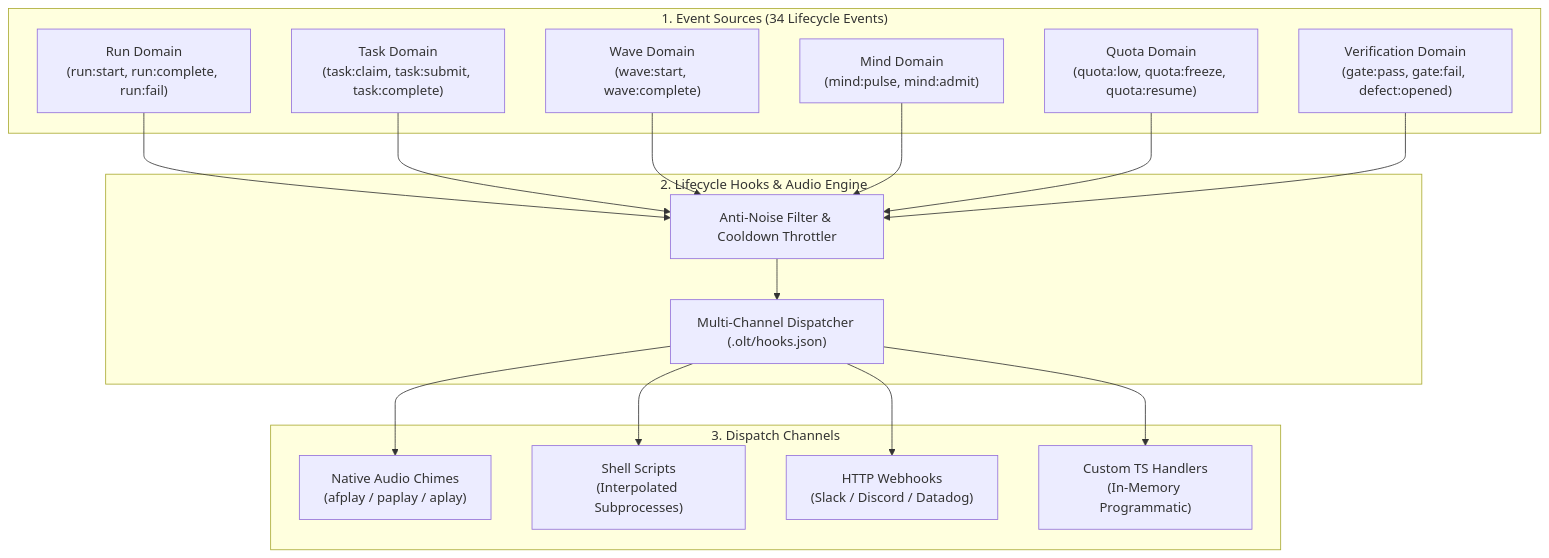
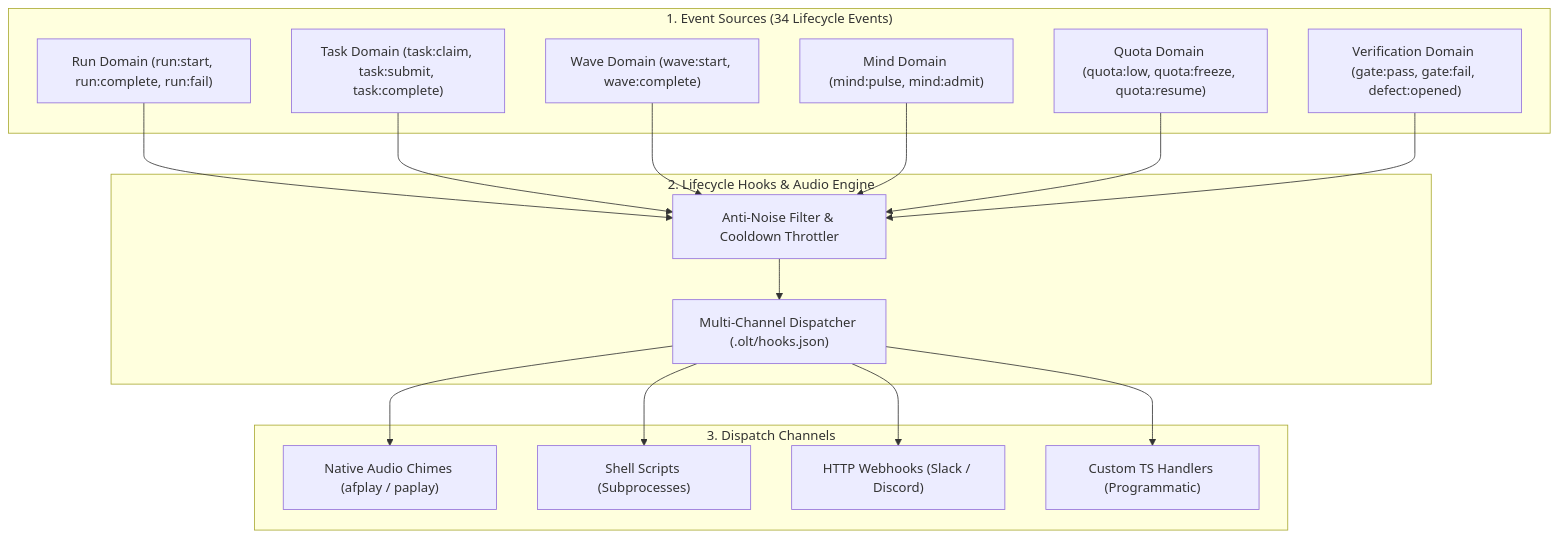
Before and after one commit to onurseckin/skills: the diagram in docs/book/06-lifecycle-hooks-and-audio-engine.md, drawn with Mermaid. The commit also changed other lines of this file and 406 other files, not shown here.

Commit message:
feat(domains): complete 20-domain hardening and socratic validation convergence

````diff
--- a/docs/book/06-lifecycle-hooks-and-audio-engine.md
+++ b/docs/book/06-lifecycle-hooks-and-audio-engine.md
@@ -16,36 +16,36 @@
 ```mermaid
 graph TD
     subgraph EventSources ["1. Event Sources (34 Lifecycle Events)"]
-        RunEv["Run Domain<br/>(run:start, run:complete, run:fail)"]
-        TaskEv["Task Domain<br/>(task:claim, task:submit, task:complete)"]
-        WaveEv["Wave Domain<br/>(wave:start, wave:complete)"]
-        MindEv["Mind Domain<br/>(mind:pulse, mind:admit)"]
-        QuotaEv["Quota Domain<br/>(quota:low, quota:freeze, quota:resume)"]
-        GateEv["Verification Domain<br/>(gate:pass, gate:fail, defect:opened)"]
+        RunEv["Run Domain (run:start, run:complete, run:fail)"]
+        TaskEv["Task Domain (task:claim, task:submit, task:complete)"]
+        WaveEv["Wave Domain (wave:start, wave:complete)"]
+        MindEv["Mind Domain (mind:pulse, mind:admit)"]
+        QuotaEv["Quota Domain (quota:low, quota:freeze, quota:resume)"]
+        GateEv["Verification Domain (gate:pass, gate:fail, defect:opened)"]
     end
 
     subgraph Engine ["2. Lifecycle Hooks & Audio Engine"]
         Filter["Anti-Noise Filter & Cooldown Throttler"]
         Dispatcher["Multi-Channel Dispatcher (.olt/hooks.json)"]
 
         RunEv --> Filter
         TaskEv --> Filter
         WaveEv --> Filter
         MindEv --> Filter
         QuotaEv --> Filter
         GateEv --> Filter
         Filter --> Dispatcher
     end
 
     subgraph Channels ["3. Dispatch Channels"]
-        AudioChan["Native Audio Chimes<br/>(afplay / paplay / aplay)"]
-        ShellChan["Shell Scripts<br/>(Interpolated Subprocesses)"]
-        WebhookChan["HTTP Webhooks<br/>(Slack / Discord / Datadog)"]
-        HandlerChan["Custom TS Handlers<br/>(In-Memory Programmatic)"]
+        AudioChan["Native Audio Chimes (afplay / paplay)"]
+        ShellChan["Shell Scripts (Subprocesses)"]
+        WebhookChan["HTTP Webhooks (Slack / Discord)"]
+        HandlerChan["Custom TS Handlers (Programmatic)"]
 
         Dispatcher --> AudioChan
         Dispatcher --> ShellChan
         Dispatcher --> WebhookChan
         Dispatcher --> HandlerChan
     end
 ```
````
